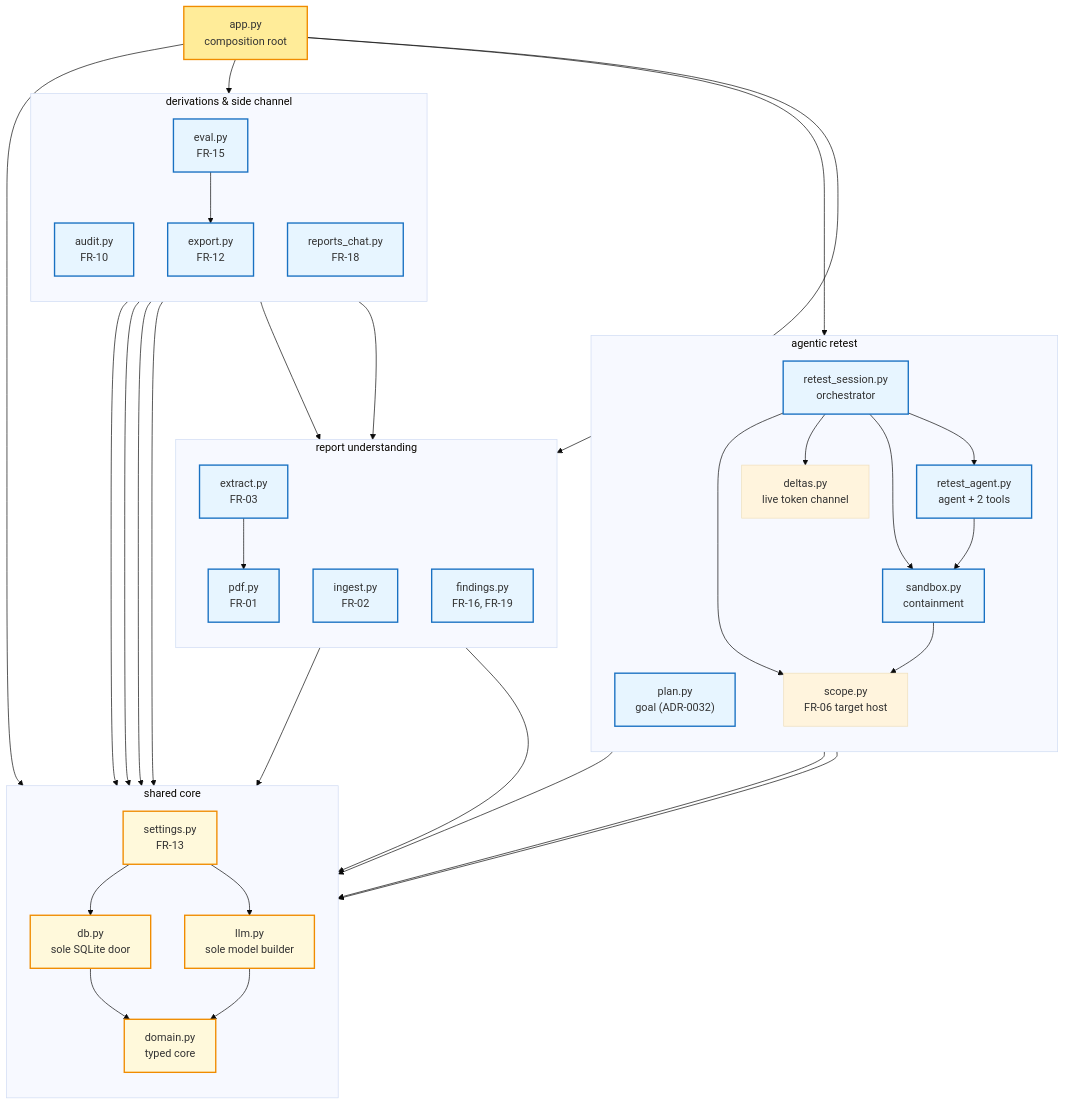
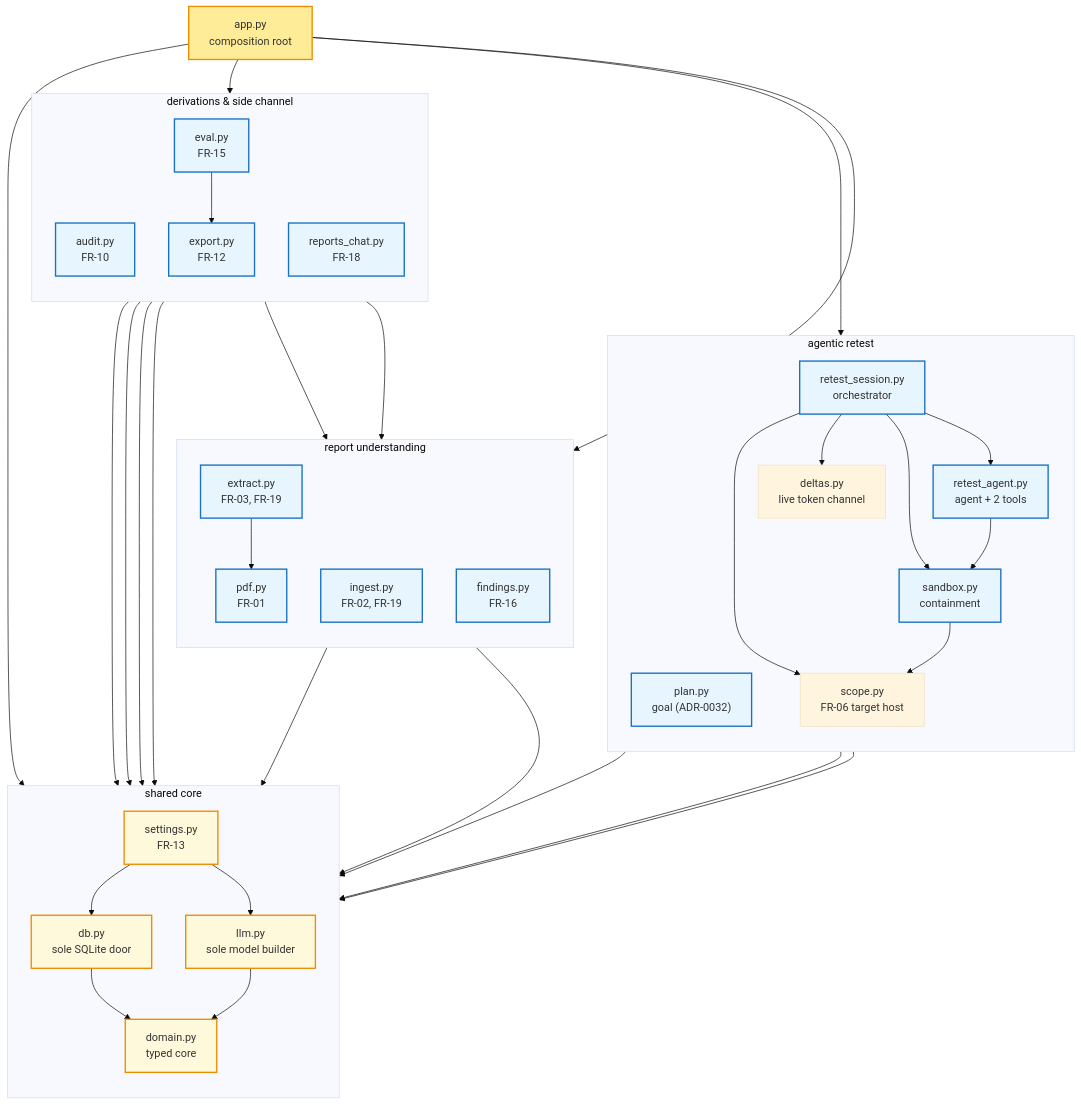
Before and after one commit to SelfishCoconut/revalid: the third of 8 diagrams in docs/architecture/c4.md, drawn with Mermaid (base theme). The commit also changed other lines of this file and 3 other files, not shown here.

````diff
--- a/docs/architecture/c4.md
+++ b/docs/architecture/c4.md
@@ -97,74 +98,74 @@
 ```mermaid
 flowchart TB
     APP["app.py<br/>composition root"]
 
     subgraph UND["report understanding"]
         direction TB
         PDF["pdf.py<br/>FR-01"]
-        EXT["extract.py<br/>FR-03"]
-        IGS["ingest.py<br/>FR-02"]
-        FND["findings.py<br/>FR-16, FR-19"]
+        EXT["extract.py<br/>FR-03, FR-19"]
+        IGS["ingest.py<br/>FR-02, FR-19"]
+        FND["findings.py<br/>FR-16"]
     end
 
     subgraph RET["agentic retest"]
         direction TB
         PLN["plan.py<br/>goal (ADR-0032)"]
         RSS["retest_session.py<br/>orchestrator"]
         RAG["retest_agent.py<br/>agent + 2 tools"]
         SBX["sandbox.py<br/>containment"]
         SCP["scope.py<br/>FR-06 target host"]
         DLT["deltas.py<br/>live token channel"]
     end
 
     subgraph DER["derivations & side channel"]
         direction TB
         AUD["audit.py<br/>FR-10"]
         EXP["export.py<br/>FR-12"]
         EVL["eval.py<br/>FR-15"]
         CHT["reports_chat.py<br/>FR-18"]
     end
 
     subgraph CORE["shared core"]
         direction TB
         DOM["domain.py<br/>typed core"]
         DBM["db.py<br/>sole SQLite door"]
         LLMM["llm.py<br/>sole model builder"]
         SET["settings.py<br/>FR-13"]
     end
 
     APP --> UND
     APP --> RET
     APP --> DER
     APP --> SET
 
     EXT --> PDF
     EXT --> LLMM
     PLN --> LLMM
     RAG --> LLMM
     CHT --> LLMM
     CHT --> FND
     RSS --> RAG
     RSS --> SBX
     RSS --> DLT
     RSS --> SCP
     RAG --> SBX
     SBX --> SCP
     EXP --> FND
     EVL --> EXP
     SET --> LLMM
     FND --> DBM
     RSS --> DBM
     AUD --> DBM
     EXP --> DBM
     CHT --> DBM
     SET --> DBM
     DBM --> DOM
     LLMM --> DOM
 
     classDef root fill:#ffec99,stroke:#f08c00,stroke-width:2px
     classDef core fill:#fff9db,stroke:#f08c00,stroke-width:2px
     classDef comp fill:#e7f5ff,stroke:#1971c2,stroke-width:2px
     class APP root
     class DOM,DBM,LLMM,SET core
     class PDF,EXT,IGS,FND,PLN,RSS,RAG,SBX,AUD,EXP,EVL,CHT comp
 ```
````
